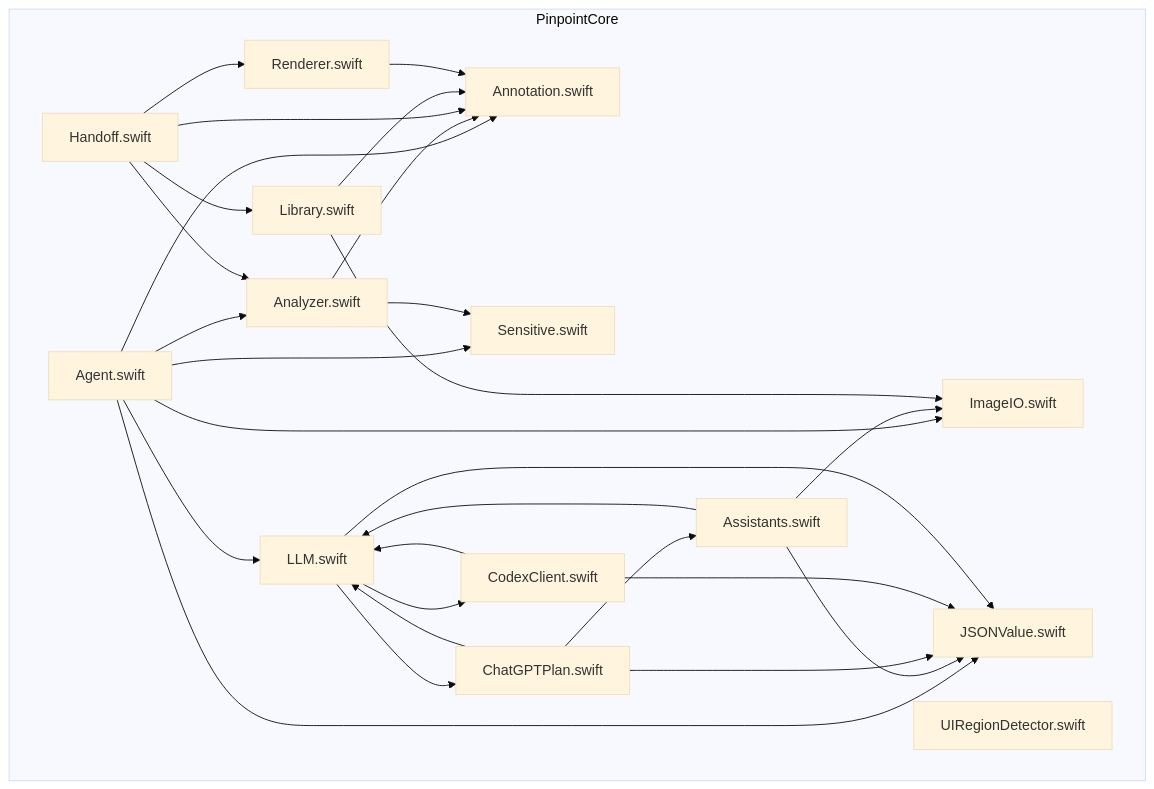
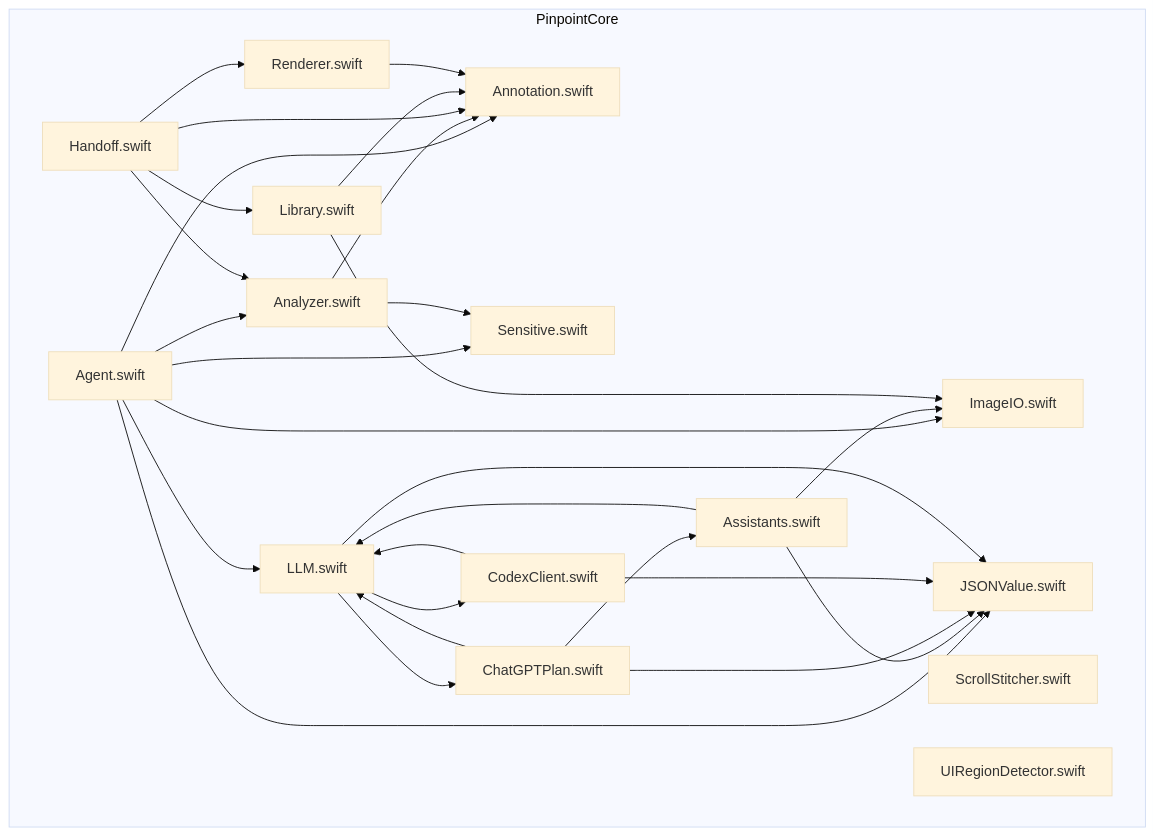
One commit to g-baskin/pinpoint changed the second of 4 diagrams in library/knowledge/private/code-graph/module-graph.md. Above: the diagram before and after it, drawn with Mermaid (base theme). The commit also changed other lines of this file and 20 other files, not shown here.

````diff
--- a/library/knowledge/private/code-graph/module-graph.md
+++ b/library/knowledge/private/code-graph/module-graph.md
@@ -41,45 +41,46 @@
 ```mermaid
 flowchart TD
     subgraph pinpointCore["PinpointCore"]
     coreAgent["Agent.swift"]
     coreAnalyzer["Analyzer.swift"]
     coreAnnotation["Annotation.swift"]
     coreAssistants["Assistants.swift"]
     coreChatGPTPlan["ChatGPTPlan.swift"]
     coreCodexClient["CodexClient.swift"]
     coreHandoff["Handoff.swift"]
     coreImageIO["ImageIO.swift"]
     coreJSONValue["JSONValue.swift"]
     coreLLM["LLM.swift"]
     coreLibrary["Library.swift"]
     coreRenderer["Renderer.swift"]
+    coreScrollStitcher["ScrollStitcher.swift"]
     coreSensitive["Sensitive.swift"]
-        coreUIRegionDetector["UIRegionDetector.swift"]
+    coreUIRegionDetector["UIRegionDetector.swift"]
     end
     coreAgent --> coreAnalyzer
     coreAgent --> coreAnnotation
     coreAgent --> coreImageIO
     coreAgent --> coreJSONValue
     coreAgent --> coreLLM
     coreAgent --> coreSensitive
     coreAnalyzer --> coreAnnotation
     coreAnalyzer --> coreSensitive
     coreAssistants --> coreImageIO
     coreAssistants --> coreJSONValue
     coreAssistants --> coreLLM
     coreChatGPTPlan --> coreAssistants
     coreChatGPTPlan --> coreJSONValue
     coreChatGPTPlan --> coreLLM
     coreCodexClient --> coreJSONValue
     coreCodexClient --> coreLLM
     coreHandoff --> coreAnalyzer
     coreHandoff --> coreAnnotation
     coreHandoff --> coreLibrary
     coreHandoff --> coreRenderer
     coreLLM --> coreChatGPTPlan
     coreLLM --> coreCodexClient
     coreLLM --> coreJSONValue
     coreLibrary --> coreAnnotation
     coreLibrary --> coreImageIO
     coreRenderer --> coreAnnotation
 ```
````
